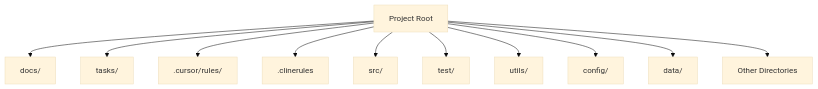
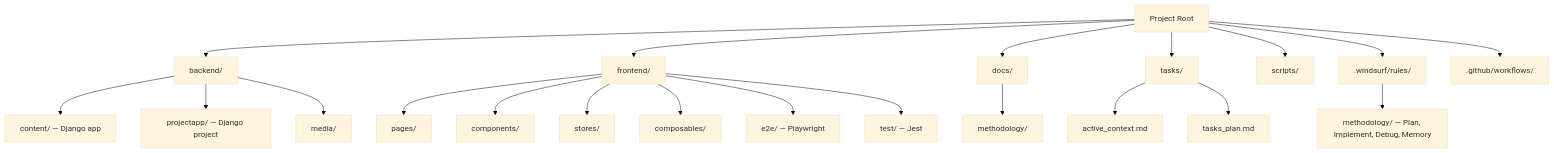
One commit to gustavop-dev/projectapp changed the diagram in .windsurf/rules/methodology/directory-structure.md. Above: the diagram before and after it, drawn with Mermaid (base theme). The commit also changed other lines of this file and 60 other files, not shown here.

````diff
--- a/.windsurf/rules/methodology/directory-structure.md
+++ b/.windsurf/rules/methodology/directory-structure.md
@@ -6,14 +7,28 @@
 ```mermaid
 flowchart TD
     Root[Project Root]
+    Root --> Backend[backend/]
+    Root --> Frontend[frontend/]
     Root --> Docs[docs/]
     Root --> Tasks[tasks/]
-    Root --> Cursor[.cursor/rules/]
-    Root --> CLINE[.clinerules]
-    Root --> SourceCode[src/]
-    Root --> Test[test/]
-    Root --> Utils[utils/]
-    Root --> Config[config/]
-    Root --> Data[data/]
-    Root --> Other[Other Directories]
+    Root --> Scripts[scripts/]
+    Root --> Windsurf[.windsurf/rules/]
+    Root --> GitHub[.github/workflows/]
+
+    Backend --> BContent[content/ — Django app]
+    Backend --> BProject[projectapp/ — Django project]
+    Backend --> BMedia[media/]
+
+    Frontend --> FPages[pages/]
+    Frontend --> FComponents[components/]
+    Frontend --> FStores[stores/]
+    Frontend --> FComposables[composables/]
+    Frontend --> FE2E[e2e/ — Playwright]
+    Frontend --> FTest[test/ — Jest]
+
+    Docs --> Methodology[methodology/]
+    Tasks --> ActiveCtx[active_context.md]
+    Tasks --> TasksPlan[tasks_plan.md]
+
+    Windsurf --> WMethodology[methodology/ — Plan, Implement, Debug, Memory]
 ```
````
